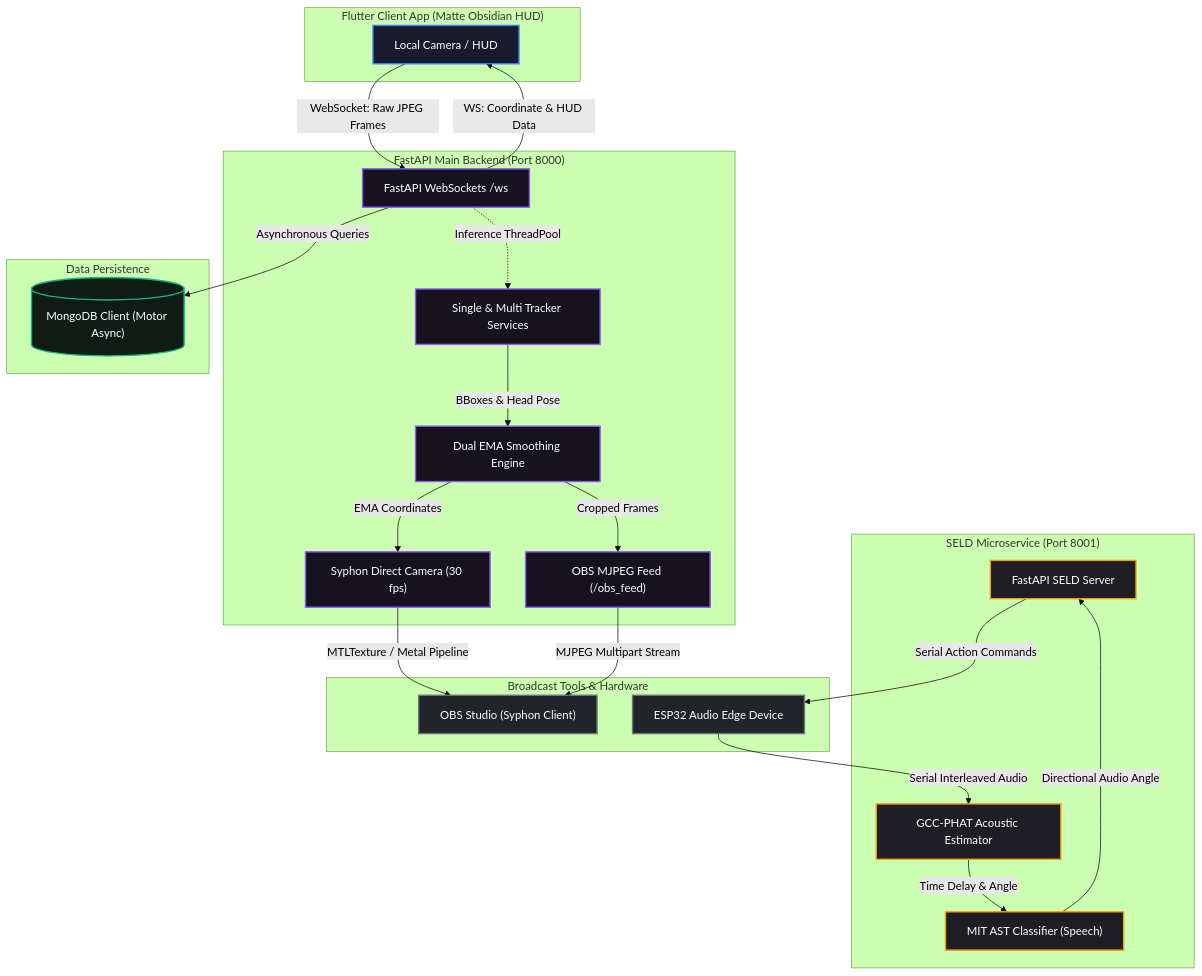
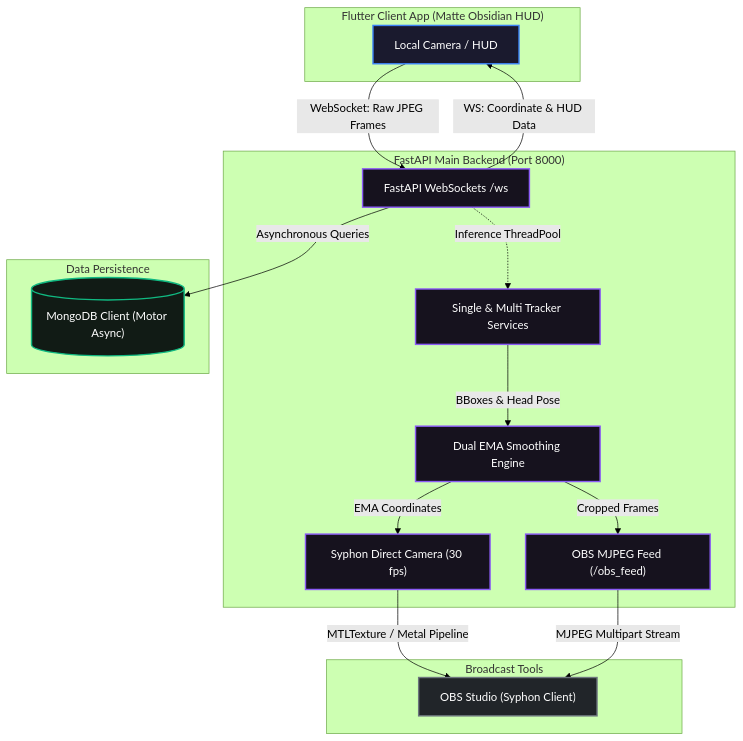
Before and after one commit to GeraldoRiberia/afs: the diagram in README.md, drawn with Mermaid (forest theme). The commit also changed other lines of this file, not shown here.

````diff
--- a/README.md
+++ b/README.md
@@ -11,54 +11,40 @@
 ```mermaid
 graph TD
     %% Styling
     classDef frontend fill:#1a1a2e,stroke:#3b82f6,stroke-width:2px,color:#fff;
     classDef backend fill:#16121e,stroke:#8b5cf6,stroke-width:2px,color:#fff;
     classDef database fill:#111b15,stroke:#10b981,stroke-width:2px,color:#fff;
-    classDef microservice fill:#1e1e24,stroke:#f59e0b,stroke-width:2px,color:#fff;
     classDef obs fill:#212529,stroke:#6c757d,stroke-width:2px,color:#fff;
 
     subgraph Frontend ["Flutter Client App (Matte Obsidian HUD)"]
         A["Local Camera / HUD"]:::frontend
     end
 
     subgraph CoreBackend ["FastAPI Main Backend (Port 8000)"]
         B["FastAPI WebSockets /ws"]:::backend
         C["Single & Multi Tracker Services"]:::backend
         D["Dual EMA Smoothing Engine"]:::backend
         E["Syphon Direct Camera (30 fps)"]:::backend
         F["OBS MJPEG Feed (/obs_feed)"]:::backend
     end
 
-    subgraph SELD ["SELD Microservice (Port 8001)"]
-        G["FastAPI SELD Server"]:::microservice
-        H["GCC-PHAT Acoustic Estimator"]:::microservice
-        I["MIT AST Classifier (Speech)"]:::microservice
-    end
-
     subgraph DB ["Data Persistence"]
         J[("MongoDB Client (Motor Async)")]:::database
     end
 
-    subgraph Output ["Broadcast Tools & Hardware"]
+    subgraph Output ["Broadcast Tools"]
         K["OBS Studio (Syphon Client)"]:::obs
-        L["ESP32 Audio Edge Device"]:::obs
     end
 
     %% Communication Flows
     A -->|WebSocket: Raw JPEG Frames| B
     B -->|WS: Coordinate & HUD Data| A
     B -.->|Inference ThreadPool| C
     C -->|BBoxes & Head Pose| D
     D -->|EMA Coordinates| E
     D -->|Cropped Frames| F
     
     B -->|Asynchronous Queries| J
-    
-    L -->|Serial Interleaved Audio| H
-    H -->|Time Delay & Angle| I
-    I -->|Directional Audio Angle| G
-    G -->|Serial Action Commands| L
-    
     E -->|MTLTexture / Metal Pipeline| K
     F -->|MJPEG Multipart Stream| K
 ```
````
